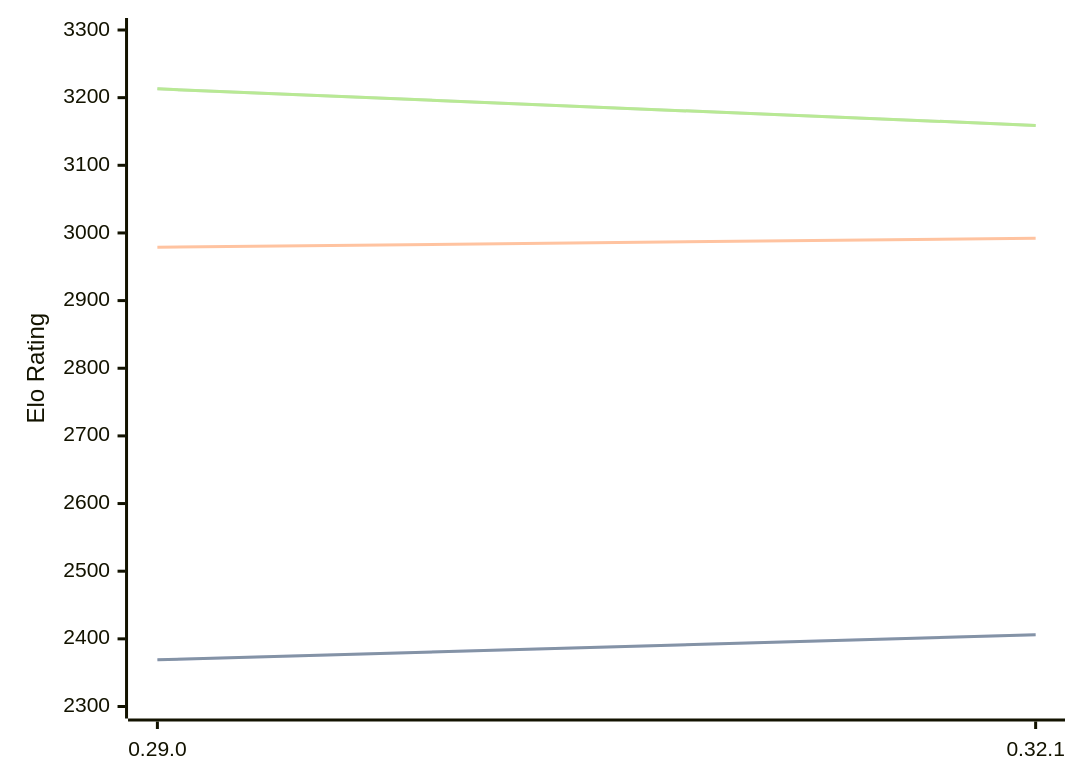
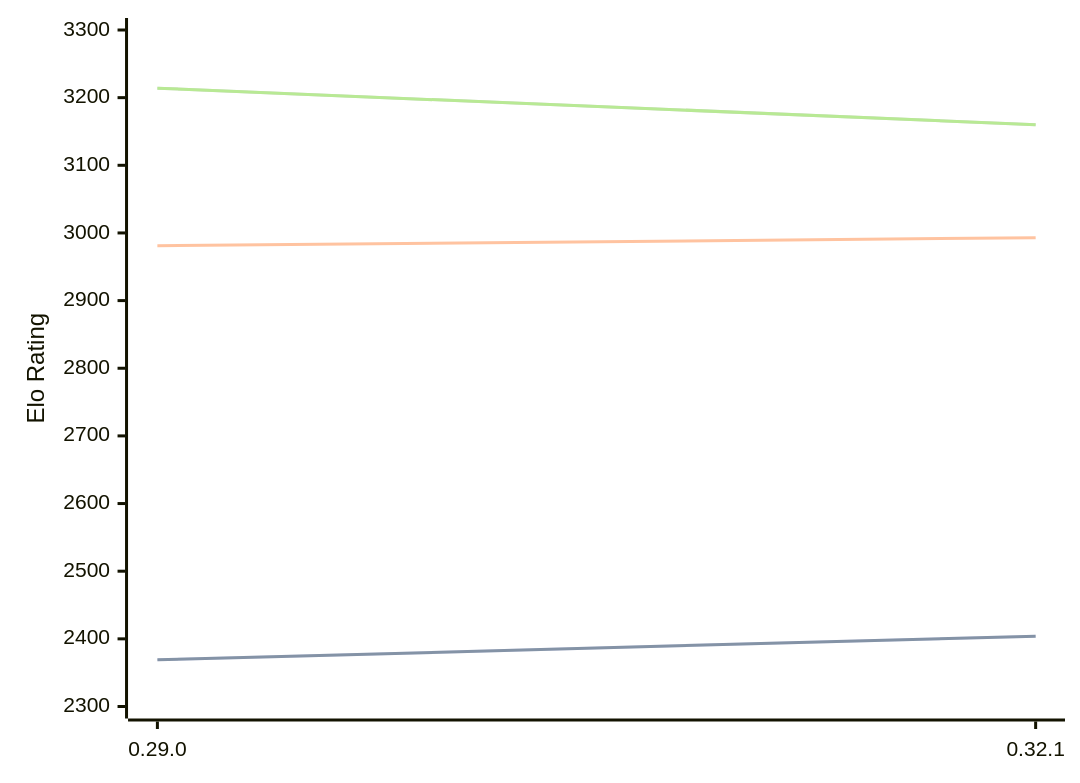
One commit to computer-chess-index/cci changed the diagram in engines/Lc0.md. Above: the diagram before and after it, drawn with Mermaid. The commit also changed other lines of this file, not shown here.

Commit message:
Update CCI Ratings (ELO VLTC) - 2026-06-11

````diff
--- a/engines/Lc0.md
+++ b/engines/Lc0.md
@@ -68,11 +68,11 @@
 ```mermaid
 %%{init: {"theme":"base","themeVariables":{"seriesColors:['#a3a3a3','#222221','#faa371']}}}%%
 xychart-beta
   x-axis ["0.29.0", "0.32.1"]
   y-axis "Elo Rating" 2300 --> 3300
-  line "STC (8.0+0.08s)" [2369, 2406]
-  line "STC (8.0+0.08s)" [2369, 2406]
-  line "LTC (60.0+0.60s)" [2979, 2992]
-  line "VLTC (2m24s+1.12s)" [3213, 3159]
-  line "VLTC (2m24s+1.12s)" [3213, 3159]
+  line "STC (8.0+0.08s)" [2369, 2404]
+  line "STC (8.0+0.08s)" [2369, 2404]
+  line "LTC (60.0+0.60s)" [2981, 2993]
+  line "VLTC (2m24s+1.12s)" [3214, 3160]
+  line "VLTC (2m24s+1.12s)" [3214, 3160]
 ```
````
